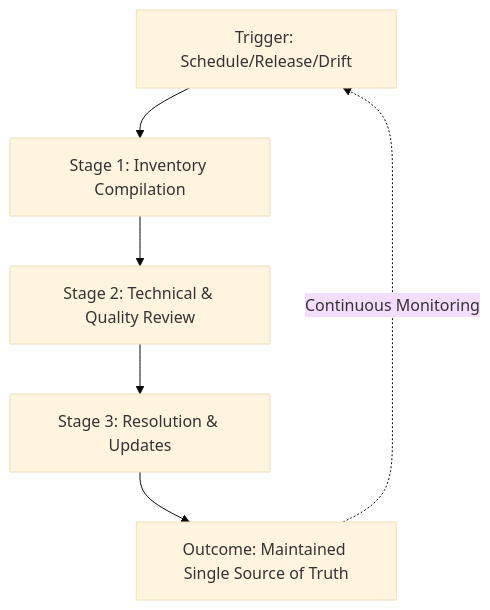
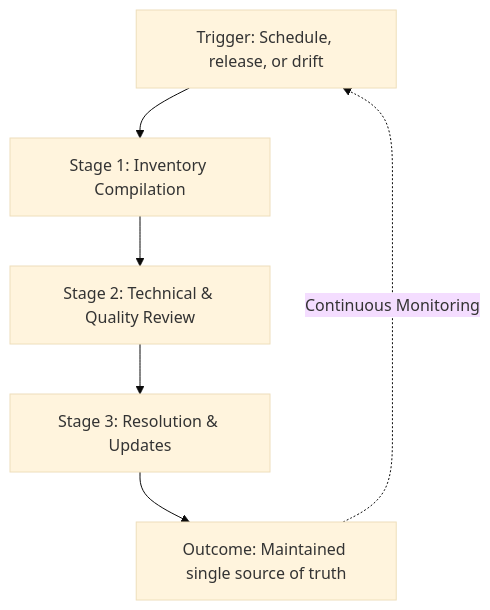
One commit to vaishvanara/techwritingkb changed the diagram in docs/industry-terms/content-audit.md. Above: the diagram before and after it, drawn with Mermaid (base theme). The commit also changed other lines of this file and 51 other files, not shown here.

````diff
--- a/docs/industry-terms/content-audit.md
+++ b/docs/industry-terms/content-audit.md
@@ -50,8 +50,8 @@
 ```mermaid
 graph TD
-    A[Trigger: Schedule/Release/Drift] --> B[Stage 1: Inventory Compilation]
+    A[Trigger: Schedule, release, or drift] --> B[Stage 1: Inventory Compilation]
     B --> C[Stage 2: Technical & Quality Review]
     C --> D[Stage 3: Resolution & Updates]
-    D --> E[Outcome: Maintained Single Source of Truth]
+    D --> E[Outcome: Maintained single source of truth]
     E -.-> |Continuous Monitoring| A
 ```
````
